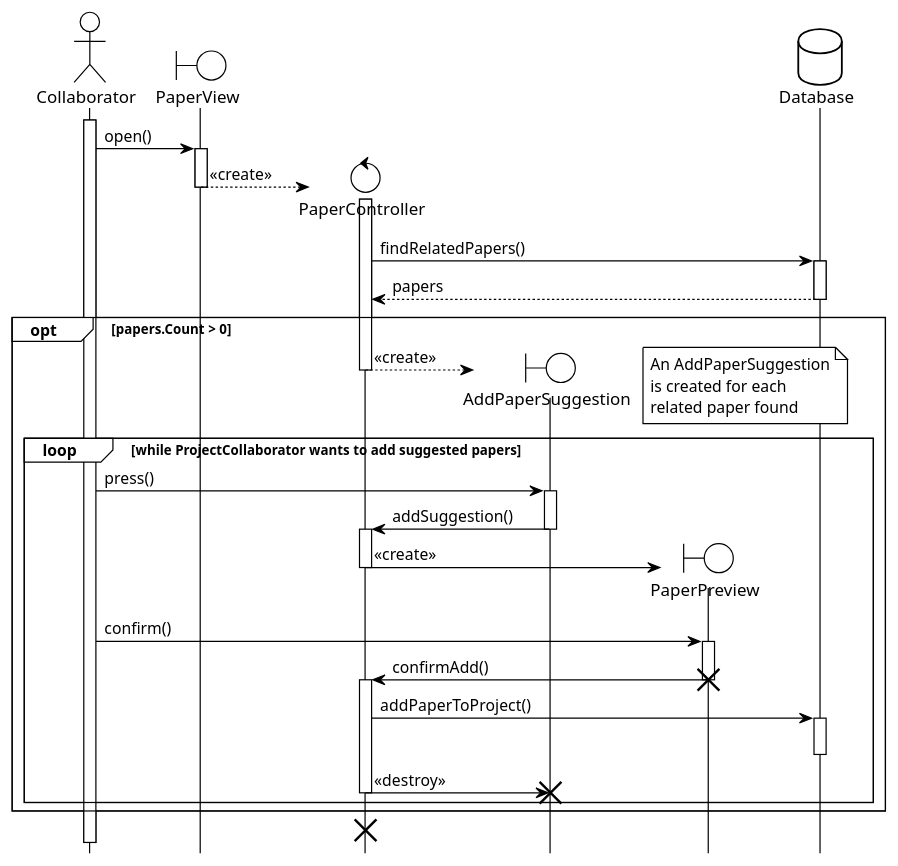
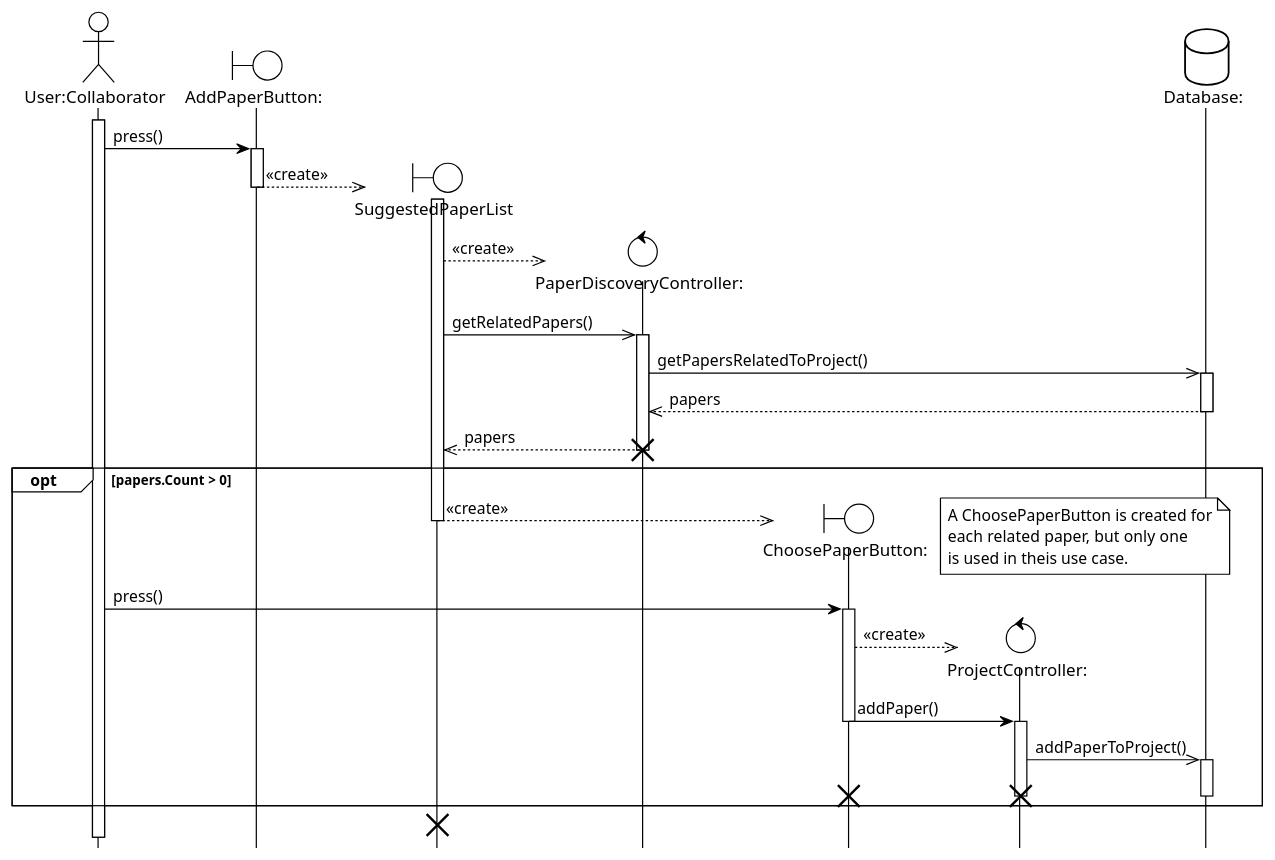
The diagram in Use case sequence diagrams/AddSuggestedPaper.puml (BlueMango10/Project-uml), drawn with PlantUML before and after one commit. The commit also changed 14 other files, not shown here.

Commit message:
Updated diagrams after implementation

```diff
--- a/Use case sequence diagrams/AddSuggestedPaper.puml
+++ b/Use case sequence diagrams/AddSuggestedPaper.puml
@@ -1,71 +1,137 @@
 @startuml AddSuggestedPaper
 !theme plain
 hide footbox
+actor "User:Collaborator" as u
+boundary "AddPaperButton:" as apb
+boundary "SuggestedPaperList" as spl
+control "PaperDiscoveryController:" as pdc
+boundary "ChoosePaperButton:" as cpb
+control "ProjectController:" as pc
+database "Database:" as db
+
+activate u
+
+u -> apb : press()
+activate apb
+
+create spl
+apb -->> spl : <<create>>
+deactivate apb
+activate spl
+
+create pdc
+spl -->> pdc : <<create>>
+spl ->> pdc : getRelatedPapers()
+activate pdc
+
+pdc ->> db : getPapersRelatedToProject()
+activate db
+
+db -->> pdc : papers
+deactivate db
+
+pdc -->> spl : papers
+destroy pdc
+
+opt papers.Count > 0
+
+	create cpb
+	spl -->> cpb : <<create>>
+	deactivate spl
+
+	note right
+		A ChoosePaperButton is created for
+		each related paper, but only one
+		is used in theis use case.
+	end note
+
+	u -> cpb : press()
+	activate cpb
+
+	create pc
+	cpb -->> pc : <<create>>
+	cpb -> pc : addPaper()
+	deactivate cpb
+	activate pc
+
+	pc ->> db : addPaperToProject()
+	activate db
+	deactivate db
+	
+	destroy pc
+	destroy cpb
+
+end
+
+destroy spl
+
+/'
 actor Collaborator as pc
 boundary PaperView as pv
 control PaperController as psc
 boundary AddPaperSuggestion as aps
 boundary PaperPreview as pp
 database Database as pd
 
 
 activate pc
 
 pc -> pv : open()
 activate pv
 
 create psc
 pv --> psc : <<create>>
 activate psc
 deactivate pv
 
 psc -> pd : findRelatedPapers()
 activate pd
 pd --> psc : papers
 deactivate pd
 
 opt papers.Count > 0
 
 	create aps
 	psc --> aps : <<create>>
 	deactivate psc
 	
 	note right
 	An AddPaperSuggestion
 	is created for each
 	related paper found
 	end note
 
 	loop while ProjectCollaborator wants to add suggested papers
 
 		pc -> aps : press()
 		activate aps
 
 		aps -> psc : addSuggestion()
 		deactivate aps
 		activate psc
 
 		create pp
 		psc -> pp : <<create>>
 		deactivate psc
 
 		pc -> pp : confirm()
 		activate pp
 
 		pp -> psc : confirmAdd()
 		destroy pp
 		activate psc
 
 		psc -> pd : addPaperToProject()
 		activate pd
 		deactivate pd
 
 		psc -> aps : <<destroy>>
 		deactivate psc
 		destroy aps
 
 	end
 end
 
 destroy psc
+'/
 @enduml
```
